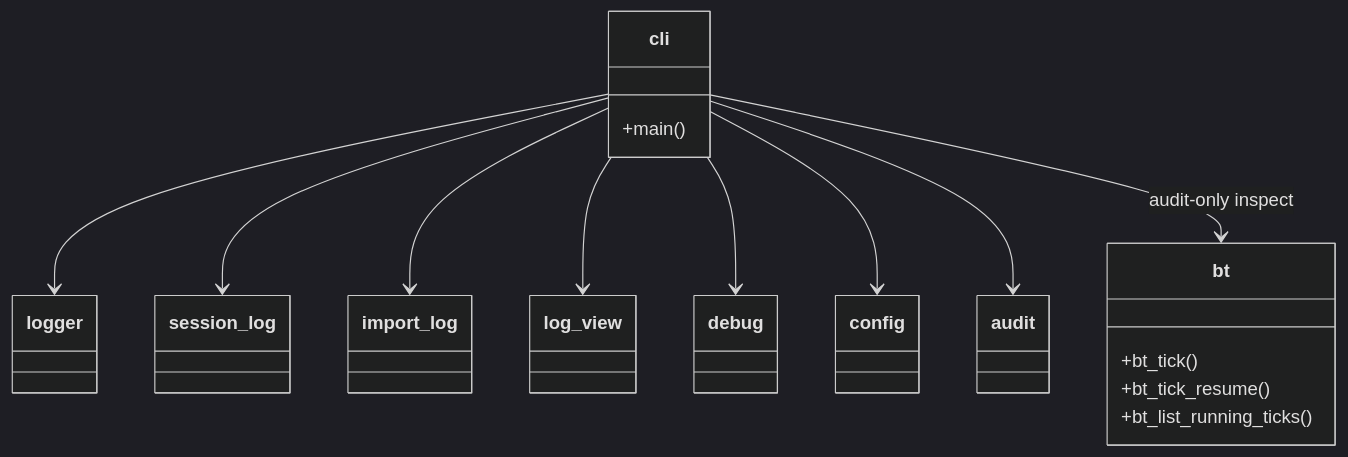
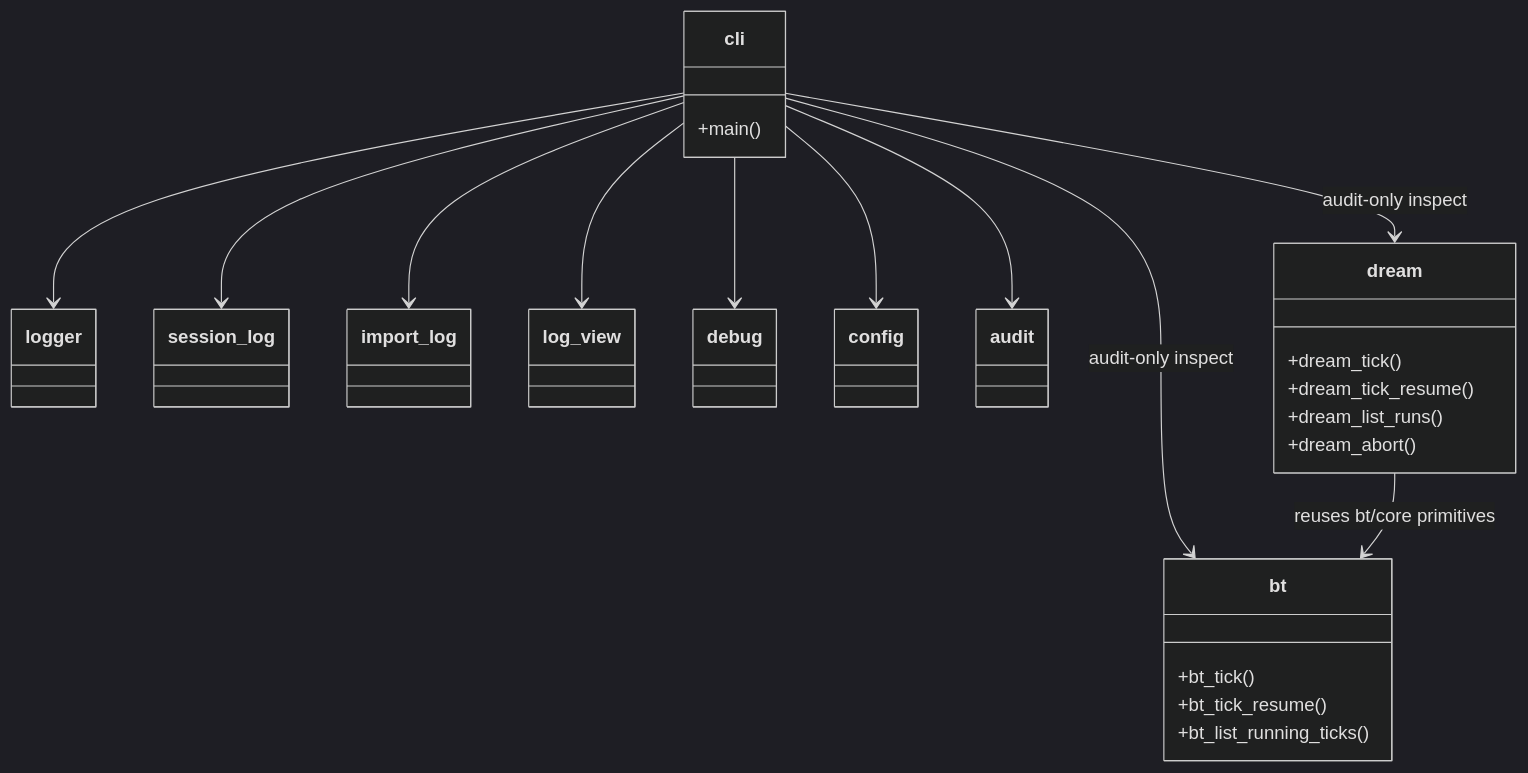
The diagram in v1/kernel/engine/.dna/module.md (nan023062/agent-team-cc), drawn with Mermaid (dark theme) before and after one commit. The commit also changed other lines of this file and 3 other files, not shown here.

````diff
--- a/v1/kernel/engine/.dna/module.md
+++ b/v1/kernel/engine/.dna/module.md
@@ -20,27 +20,35 @@
 ```mermaid
 classDiagram
     class cli {
         +main()
     }
     class logger
     class session_log
     class import_log
     class log_view
     class debug
     class config
     class audit
     class bt {
         +bt_tick()
         +bt_tick_resume()
         +bt_list_running_ticks()
     }
+    class dream {
+        +dream_tick()
+        +dream_tick_resume()
+        +dream_list_runs()
+        +dream_abort()
+    }
 
     cli --> logger
     cli --> session_log
     cli --> import_log
     cli --> log_view
     cli --> debug
     cli --> config
     cli --> audit
     cli --> bt : audit-only inspect
+    cli --> dream : audit-only inspect
+    dream --> bt : reuses bt/core primitives
 ```
````
